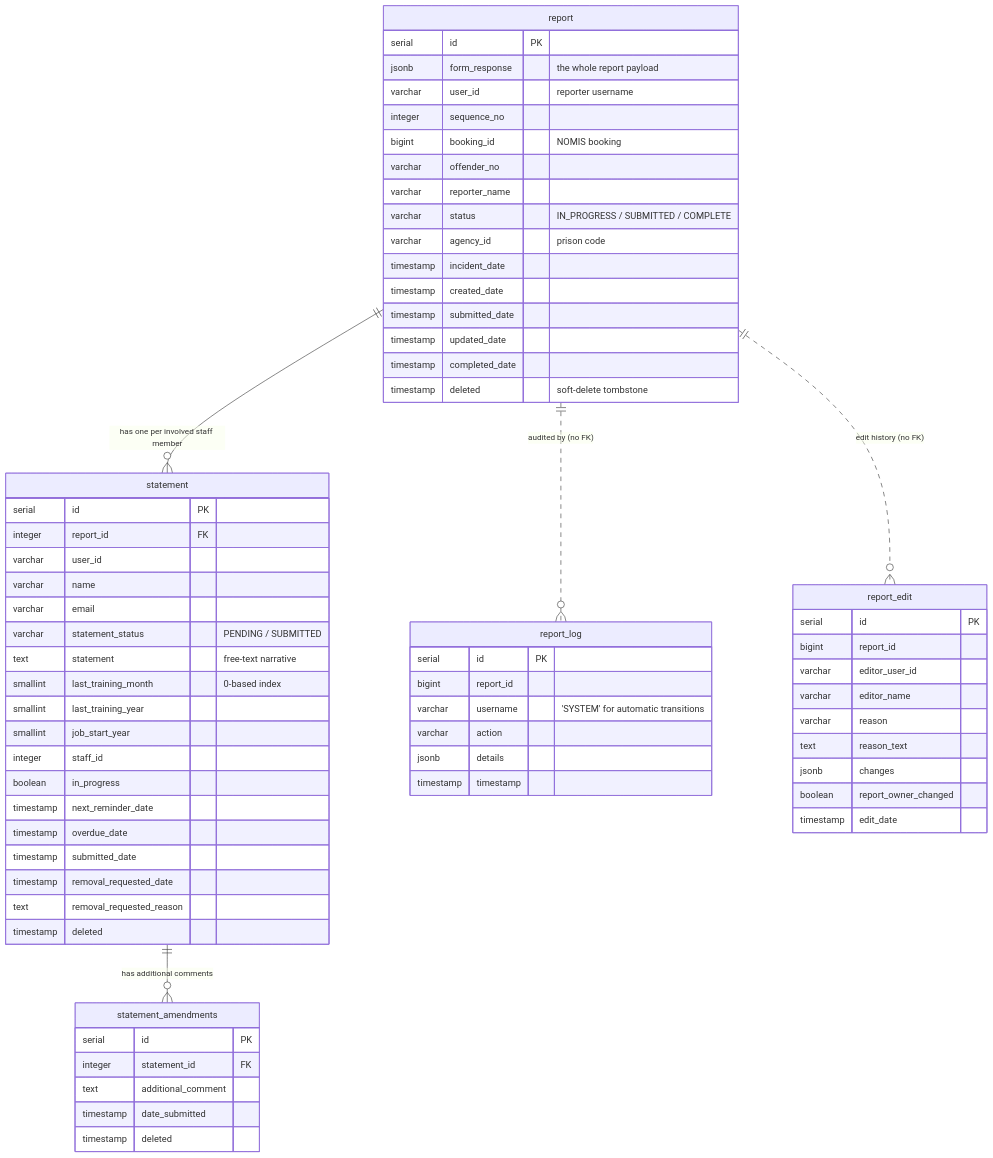
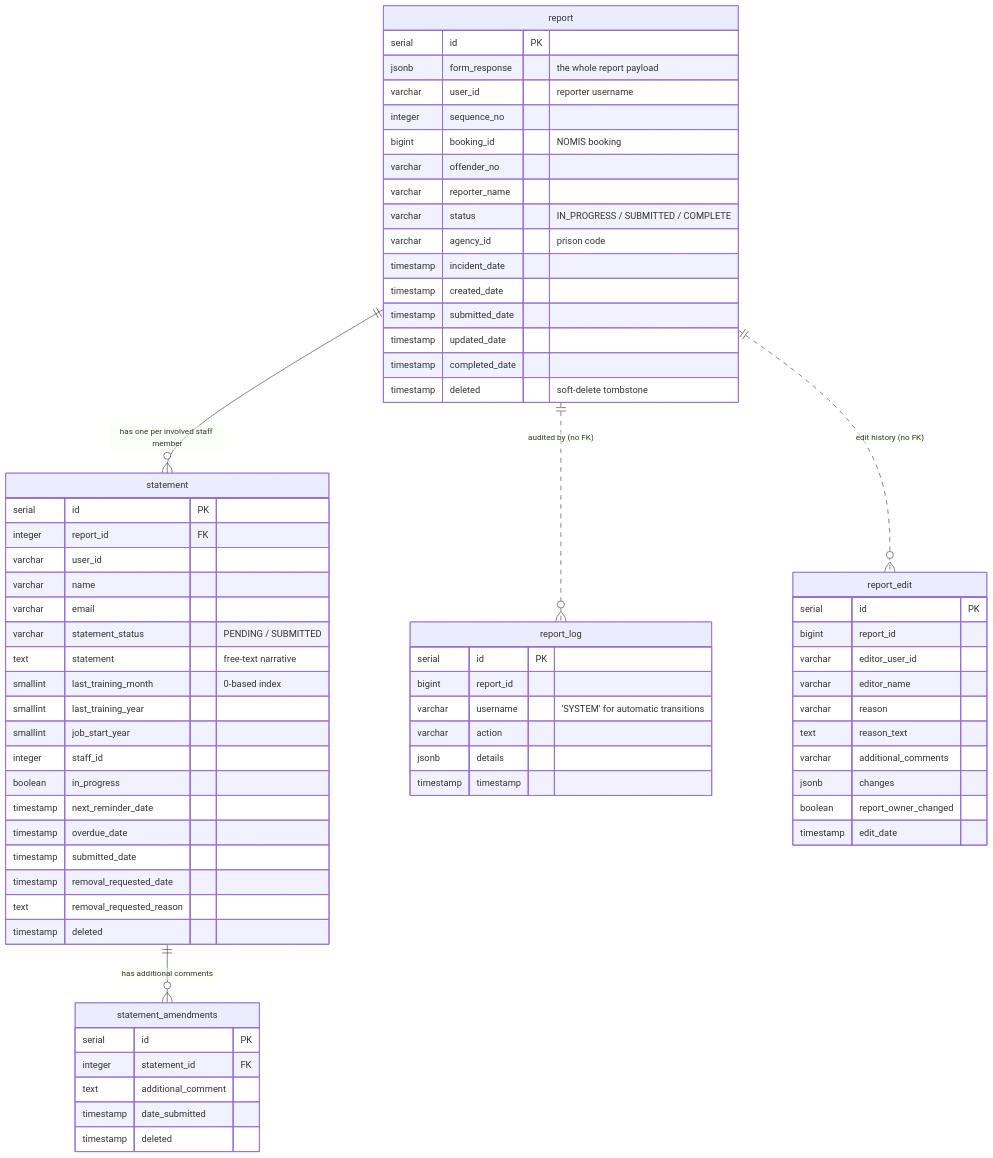
One commit to ministryofjustice/use-of-force changed the diagram in docs/data-model.md. Above: the diagram before and after it, drawn with Mermaid. The commit also changed other lines of this file and 16 other files, not shown here.

First line of the commit message:
MAPB-833 Publish the use of force schema report and data dictionary (#1074)

````diff
--- a/docs/data-model.md
+++ b/docs/data-model.md
@@ -8,71 +17,72 @@
 ```mermaid
 erDiagram
     report ||--o{ statement : "has one per involved staff member"
     statement ||--o{ statement_amendments : "has additional comments"
     report ||..o{ report_log : "audited by (no FK)"
     report ||..o{ report_edit : "edit history (no FK)"
 
     report {
         serial id PK
         jsonb form_response "the whole report payload"
         varchar user_id "reporter username"
         integer sequence_no
         bigint booking_id "NOMIS booking"
         varchar offender_no
         varchar reporter_name
         varchar status "IN_PROGRESS / SUBMITTED / COMPLETE"
         varchar agency_id "prison code"
         timestamp incident_date
         timestamp created_date
         timestamp submitted_date
         timestamp updated_date
         timestamp completed_date
         timestamp deleted "soft-delete tombstone"
     }
     statement {
         serial id PK
         integer report_id FK
         varchar user_id
         varchar name
         varchar email
         varchar statement_status "PENDING / SUBMITTED"
         text statement "free-text narrative"
         smallint last_training_month "0-based index"
         smallint last_training_year
         smallint job_start_year
         integer staff_id
         boolean in_progress
         timestamp next_reminder_date
         timestamp overdue_date
         timestamp submitted_date
         timestamp removal_requested_date
         text removal_requested_reason
         timestamp deleted
     }
     statement_amendments {
         serial id PK
         integer statement_id FK
         text additional_comment
         timestamp date_submitted
         timestamp deleted
     }
     report_log {
         serial id PK
         bigint report_id
         varchar username "'SYSTEM' for automatic transitions"
         varchar action
         jsonb details
         timestamp timestamp
     }
     report_edit {
         serial id PK
         bigint report_id
         varchar editor_user_id
         varchar editor_name
         varchar reason
         text reason_text
+        varchar additional_comments
         jsonb changes
         boolean report_owner_changed
         timestamp edit_date
     }
 ```
````
